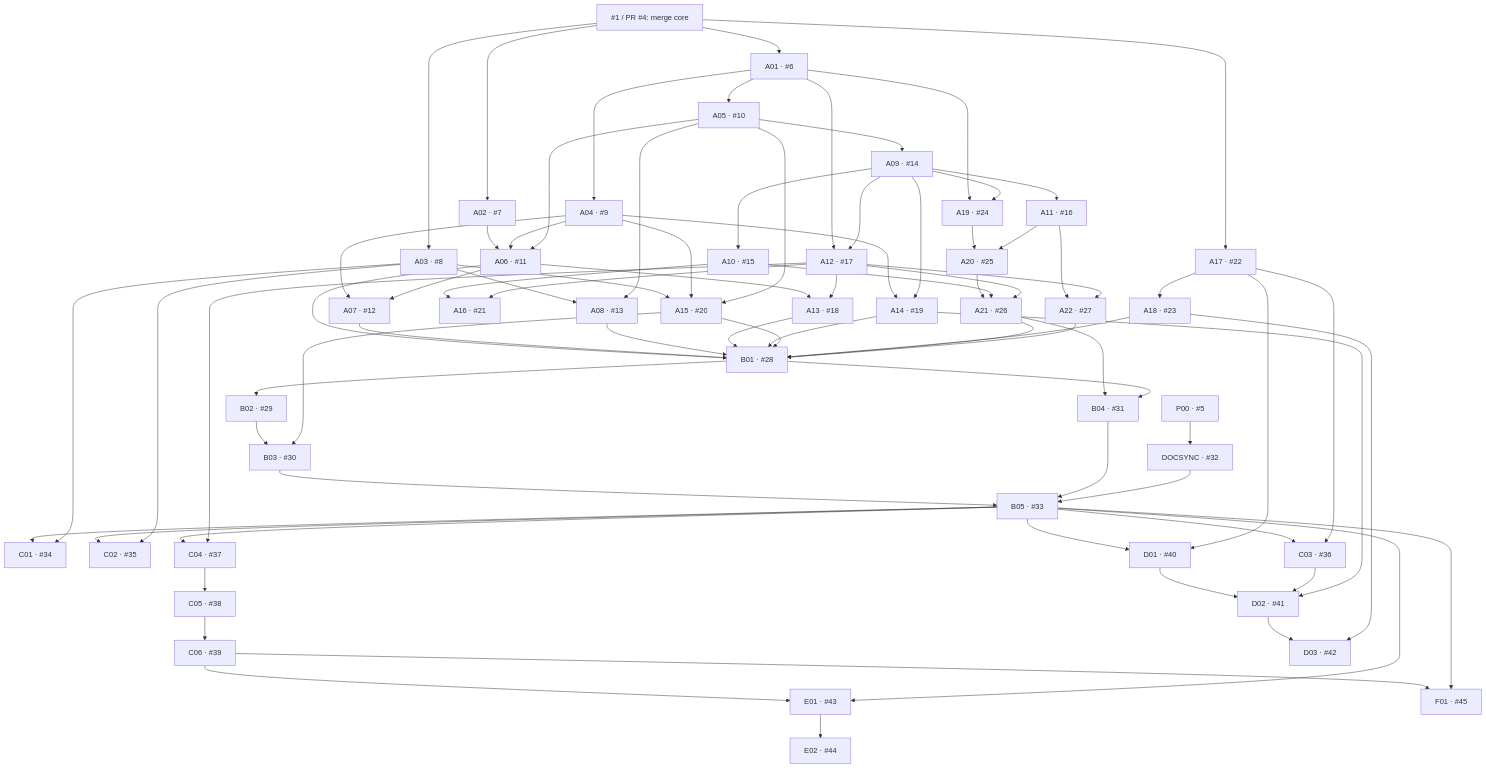
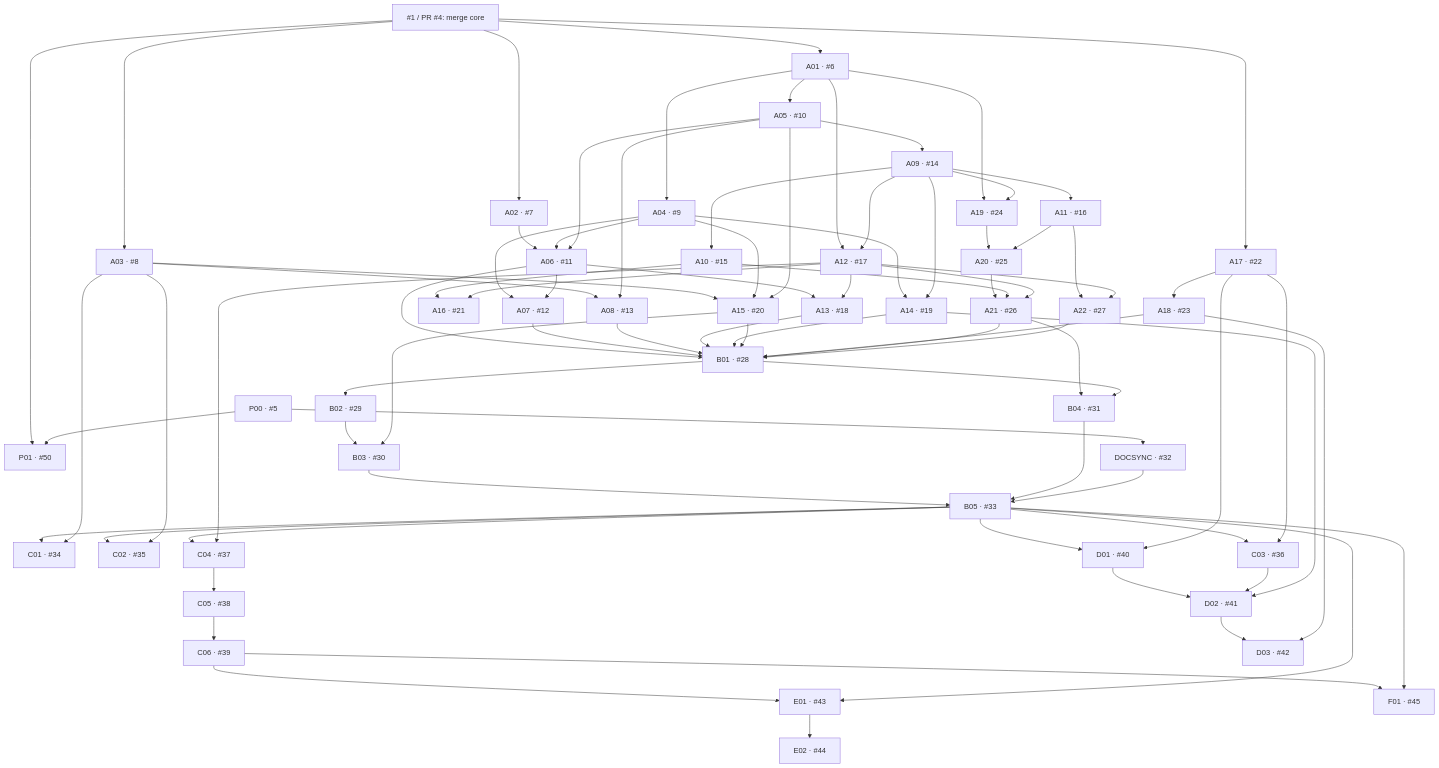
Before and after one commit to bilalyazicioglu/nivra: the diagram in docs/PLAN.md, drawn with Mermaid. The commit also changed other lines of this file and 8 other files, not shown here.

```diff
--- a/docs/PLAN.md
+++ b/docs/PLAN.md
@@ -29,6 +29,7 @@
 flowchart TD
   CORE["#1 / PR #4: merge core"]
   P00["P00 · #5"]
+  P01["P01 · #50"]
   A01["A01 · #6"]
   A02["A02 · #7"]
   A03["A03 · #8"]
@@ -69,6 +70,8 @@
   E01["E01 · #43"]
   E02["E02 · #44"]
   F01["F01 · #45"]
+  CORE --> P01
+  P00 --> P01
   CORE --> A01
   CORE --> A02
   CORE --> A03
```
